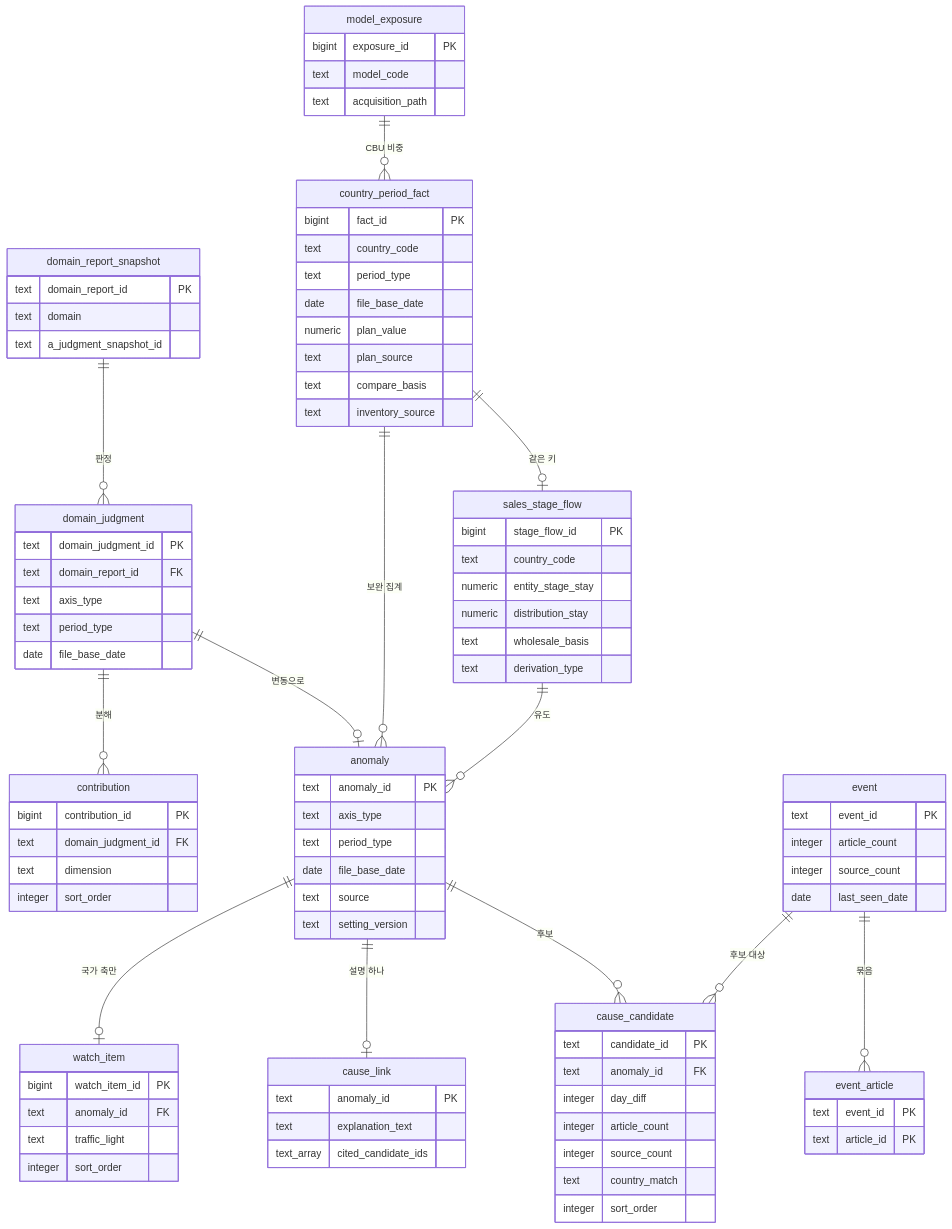
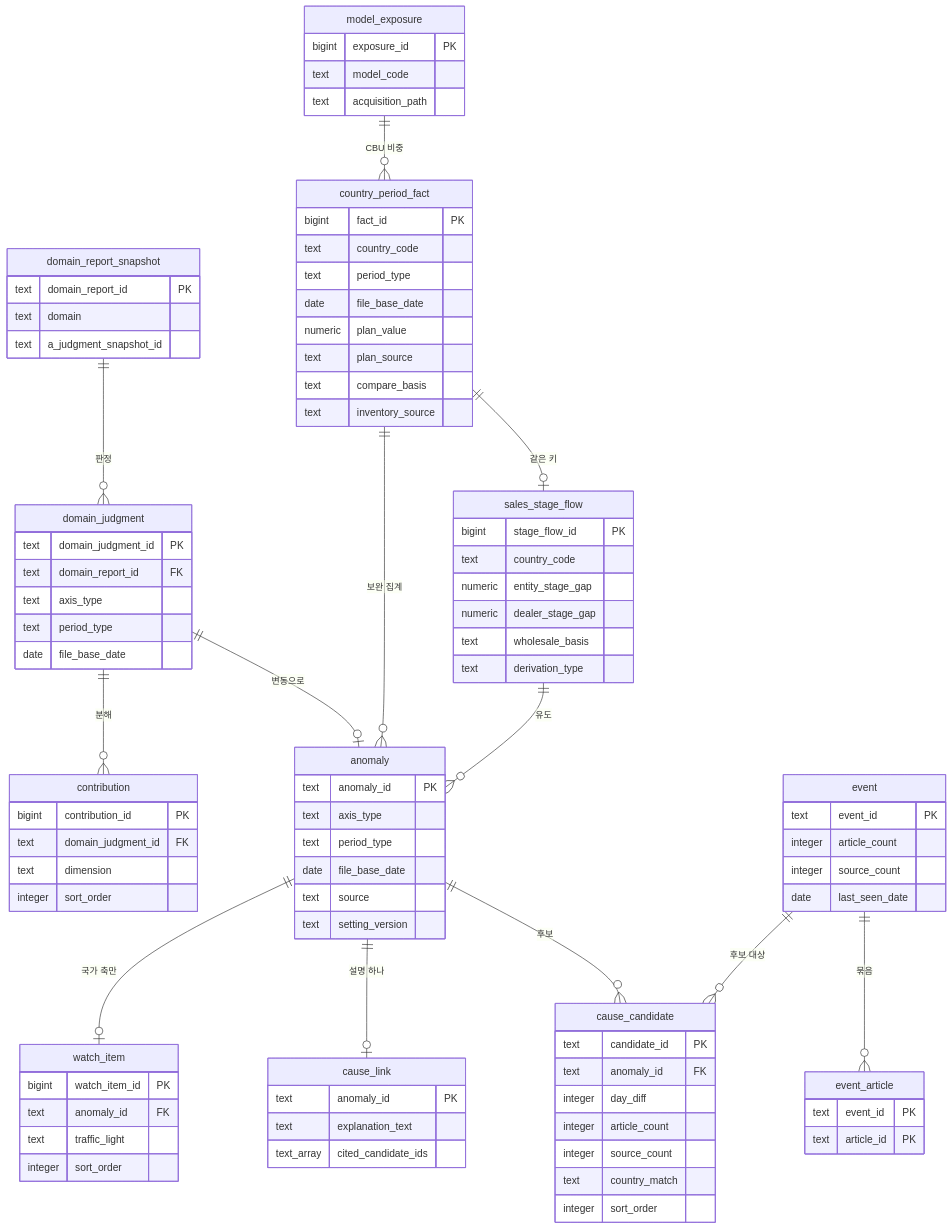
The fifth of 7 diagrams in docs/specs/06-DOM/TBL-DOM-003.md (HoyoungParkme/tableau_platform), drawn with Mermaid before and after one commit. The commit also changed other lines of this file, not shown here.

Commit message:
D4 단계 구간 컬럼 이름을 API v13 StageFlow 필드 이름에 맞춘다. sales_stage_flow의 entity_stage_stay/distribution_stay를 entity_stage_gap/dealer_stage_gap으로 고치고 비율 컬럼도 함께 개명했다. 각 컬럼 설명에 대응하는 변동 지표 이름(entityStageStay, distributionStay)을 적었고 2.5절 mart ERD도 같은 이름으로 맞췄다. 폐기된 wholesaleToRetailGap을 쓰지 않는다는 문장을 남겼다.

```diff
--- a/docs/specs/06-DOM/TBL-DOM-003.md
+++ b/docs/specs/06-DOM/TBL-DOM-003.md
@@ -280,8 +280,8 @@
   sales_stage_flow {
     bigint stage_flow_id PK
     text country_code
-    numeric entity_stage_stay
-    numeric distribution_stay
+    numeric entity_stage_gap
+    numeric dealer_stage_gap
     text wholesale_basis
     text derivation_type
   }
```
